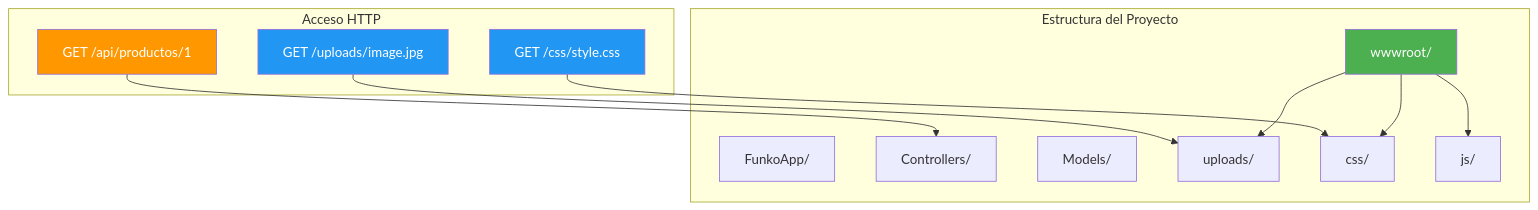
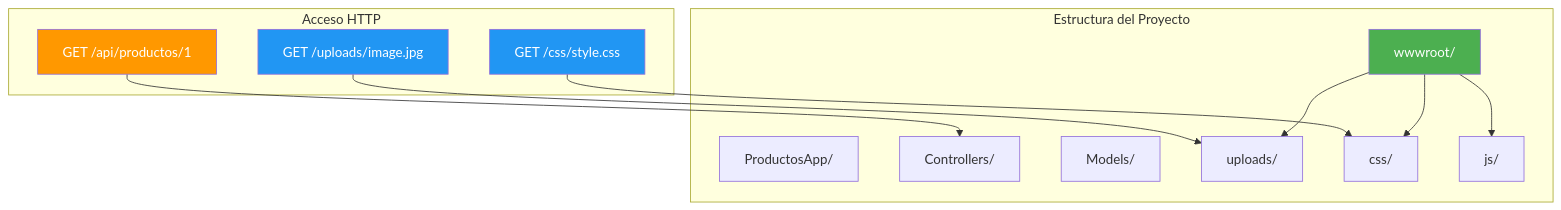
One commit to joseluisgs/DesarrolloWebEntornosServidor-02-2026-2027 changed the second of 3 diagrams in 20-file-storage.md. Above: the diagram before and after it, drawn with Mermaid. The commit also changed other lines of this file and 27 other files, not shown here.

Commit message:
docs: migrar el dominio del cuerpo de Funko a Producto, titular los retos con FunkoApp y renumerar el tema 11

````diff
--- a/20-file-storage.md
+++ b/20-file-storage.md
@@ -169,23 +169,23 @@
 ```mermaid
 graph TD
     subgraph "Estructura del Proyecto"
-        A[FunkoApp/]
+        A[ProductosApp/]
         B[wwwroot/]
         C[Controllers/]
         D[Models/]
         B --> B1[uploads/]
         B --> B2[css/]
         B --> B3[js/]
     end
     
     subgraph "Acceso HTTP"
         G[GET /uploads/image.jpg] --> B1
         H[GET /css/style.css] --> B2
         I[GET /api/productos/1] --> C
     end
     
     style B fill:#4CAF50,color:#fff
     style G fill:#2196F3,color:#fff
     style H fill:#2196F3,color:#fff
     style I fill:#FF9800,color:#fff
 ```
````
